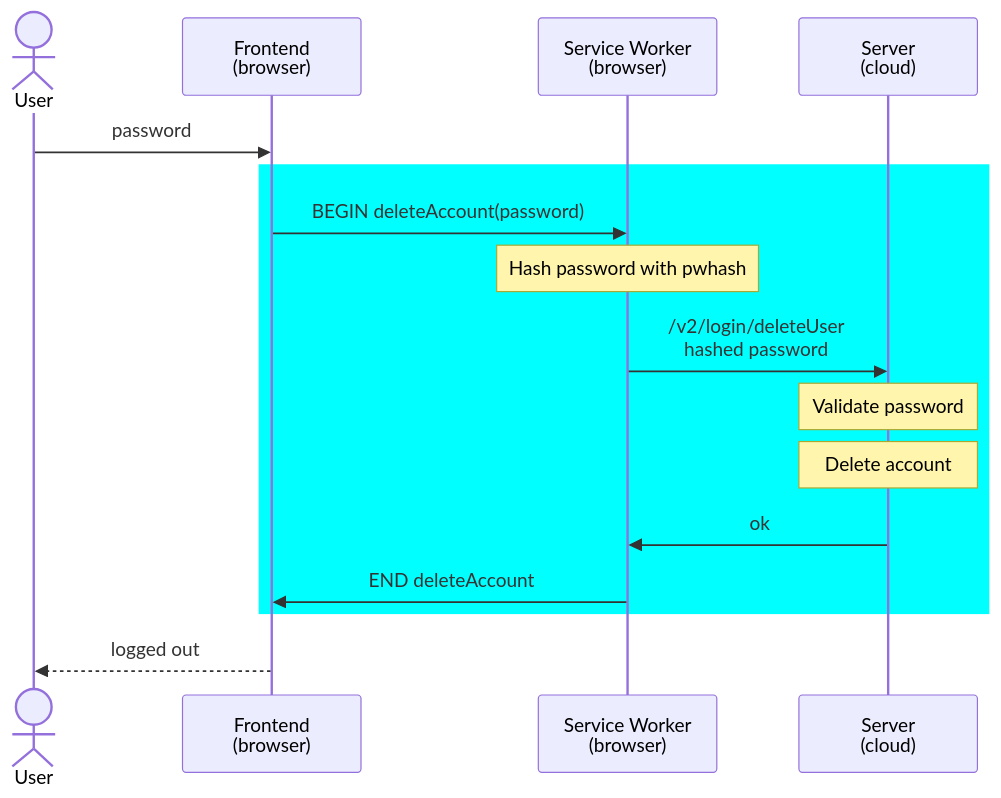
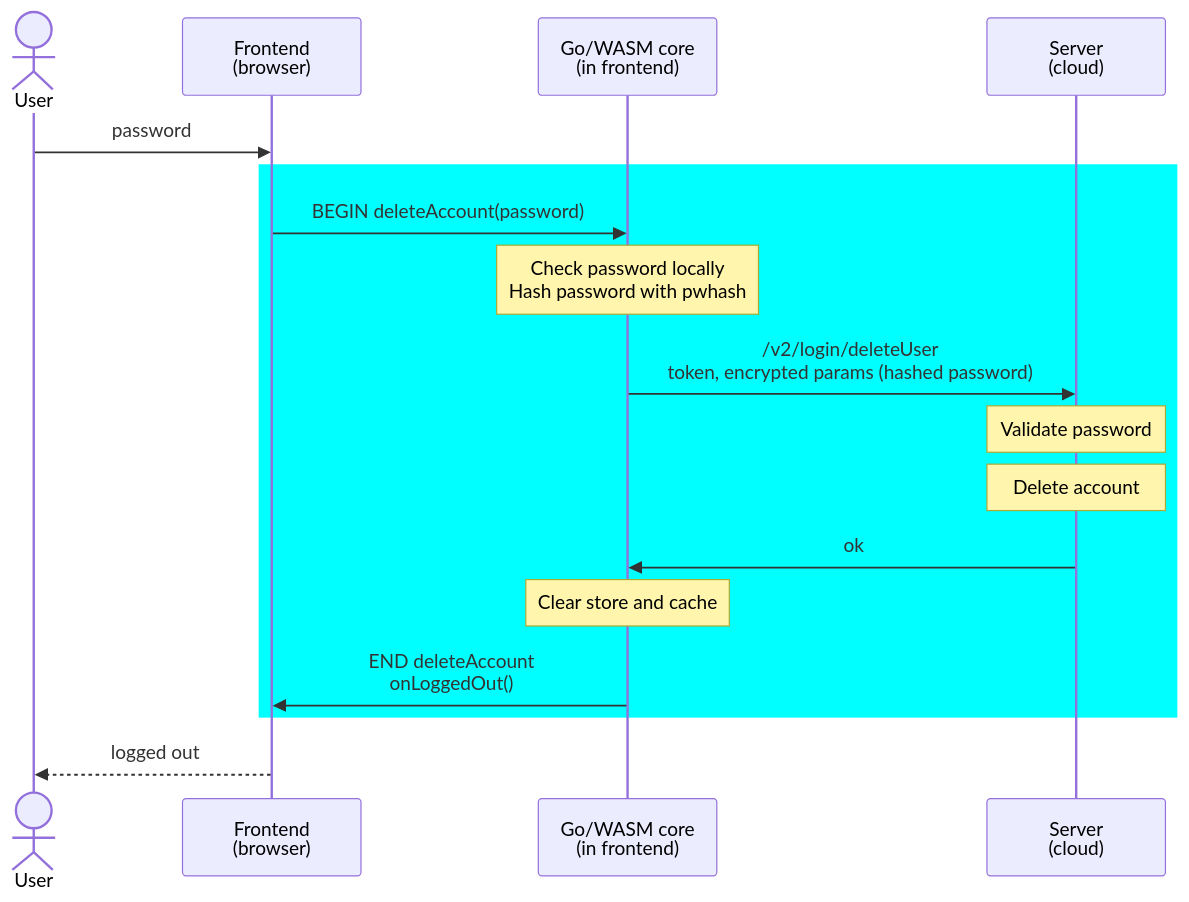
One commit to c2FmZQ/photos changed the eighth of 10 diagrams in docs/PWA.md. Above: the diagram before and after it, drawn with Mermaid. The commit also changed other lines of this file, not shown here.

First line of the commit message:
Update PWA.md account lifecycle and media diagrams for the Go/WASM core

````diff
--- a/docs/PWA.md
+++ b/docs/PWA.md
@@ -254,19 +259,20 @@
 ```mermaid
 sequenceDiagram
   actor A as User
   participant FE as Frontend<br>(browser)
-  participant SW as Service Worker<br>(browser)
+  participant W as Go/WASM core<br>(in frontend)
   participant BE as Server<br>(cloud)
 
   A->>FE: password
   rect cyan
-  FE->>SW: BEGIN deleteAccount(password)
-  Note over SW: Hash password with pwhash
-  SW->>BE: /v2/login/deleteUser<br>hashed password
+  FE->>W: BEGIN deleteAccount(password)
+  Note over W: Check password locally<br>Hash password with pwhash
+  W->>BE: /v2/login/deleteUser<br>token, encrypted params (hashed password)
   Note over BE: Validate password
   Note over BE: Delete account
-  BE->>SW: ok
-  SW->>FE: END deleteAccount
+  BE->>W: ok
+  Note over W: Clear store and cache
+  W->>FE: END deleteAccount<br>onLoggedOut()
   end
   FE-->>A: logged out
 ```
````
